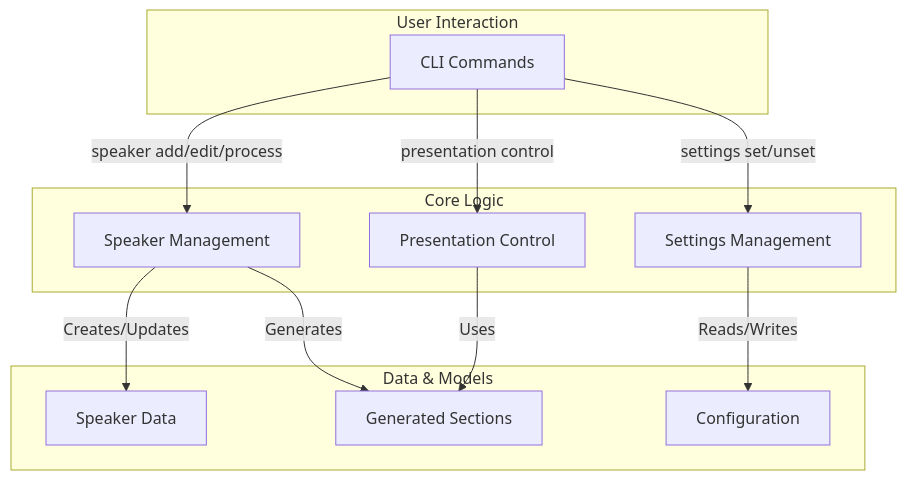
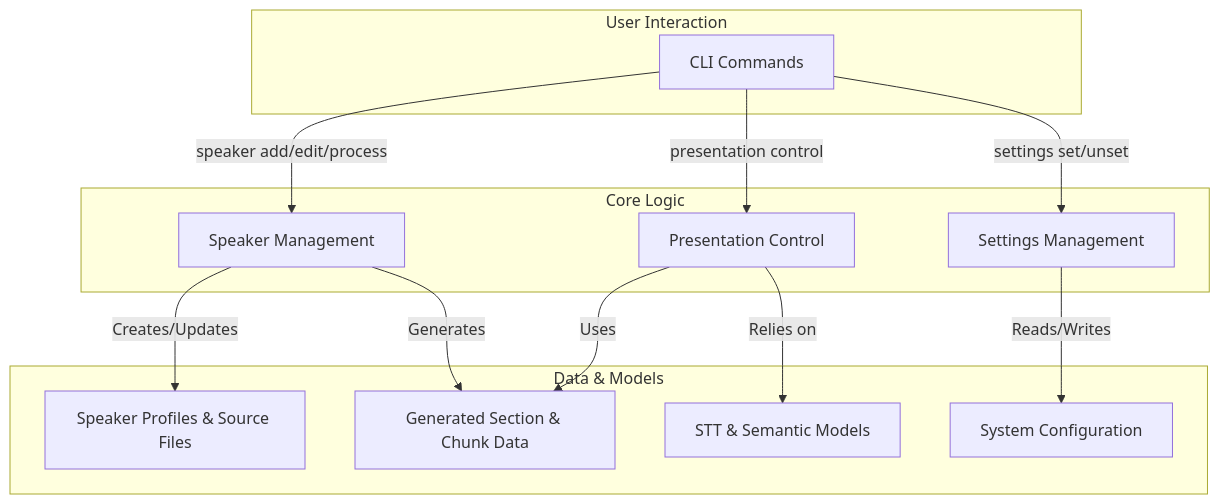
One commit to mdonmez/moves changed the first of 4 diagrams in docs/overview.md. Above: the diagram before and after it, drawn with Mermaid. The commit also changed other lines of this file and 10 other files, not shown here.

````diff
--- a/docs/overview.md
+++ b/docs/overview.md
@@ -13,27 +13,29 @@
 ```mermaid
 graph TD
     subgraph User Interaction
         A[CLI Commands]
     end
 
     subgraph Core Logic
         B[Speaker Management]
         C[Presentation Control]
         D[Settings Management]
     end
 
     subgraph Data & Models
-        E[Speaker Data]
-        F[Generated Sections]
-        G[Configuration]
+        E[Speaker Profiles & Source Files]
+        F[Generated Section & Chunk Data]
+        G[System Configuration]
+        H[STT & Semantic Models]
     end
 
     A -- "speaker add/edit/process" --> B
     A -- "presentation control" --> C
     A -- "settings set/unset" --> D
 
-    B -- "Creates/Updates" --> E
-    B -- "Generates" --> F
-    C -- "Uses" --> F
-    D -- "Reads/Writes" --> G
+    B -- Creates/Updates --> E
+    B -- Generates --> F
+    C -- Uses --> F
+    C -- Relies on --> H
+    D -- Reads/Writes --> G
 ```
````
